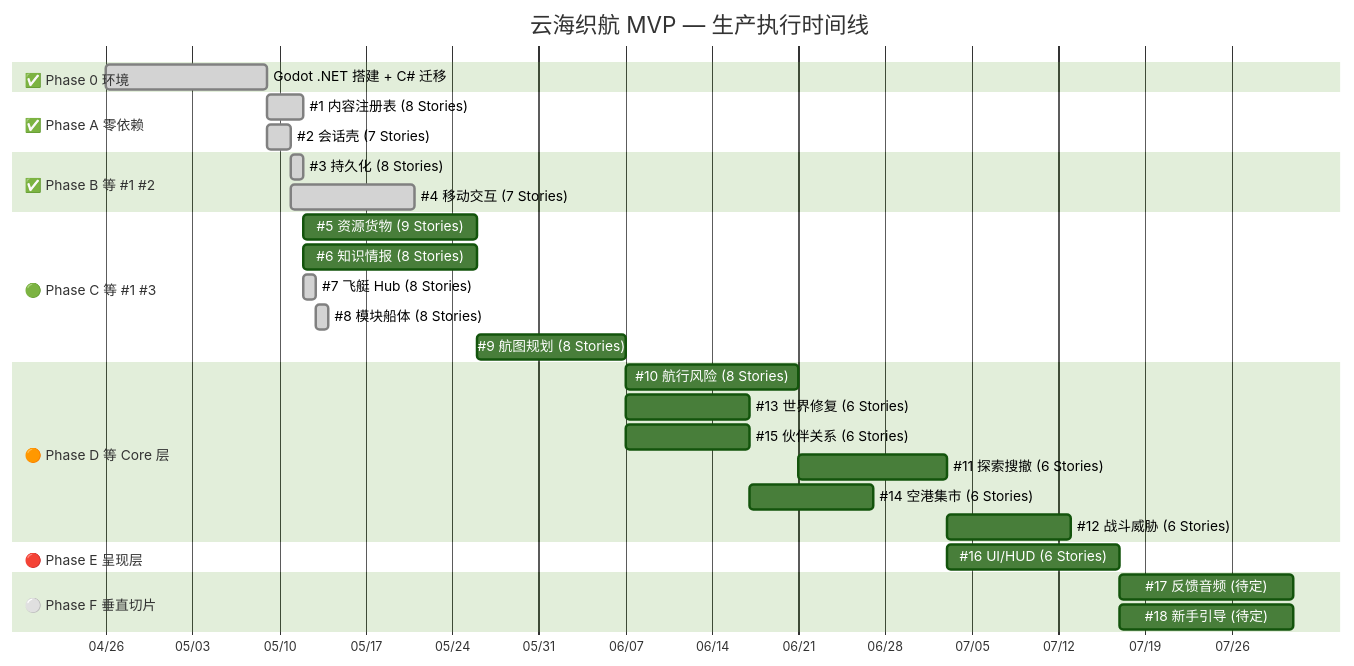
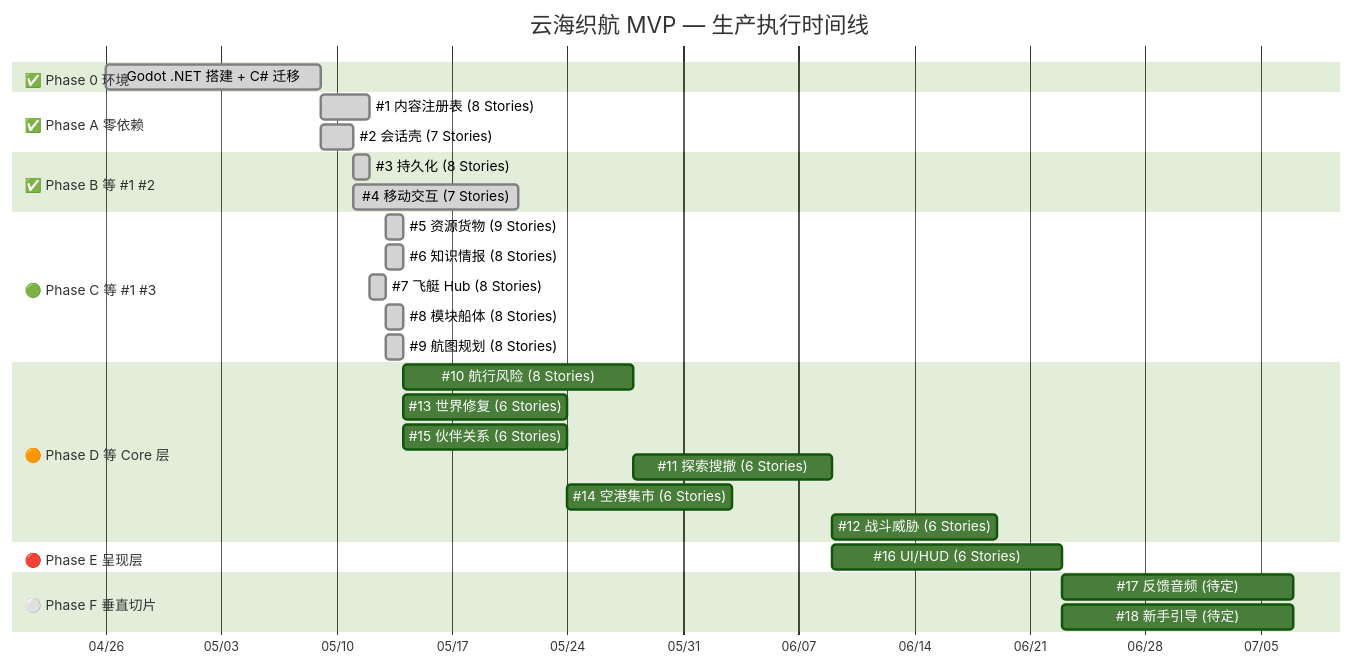
The first of 3 diagrams in docs/reference/production-flowchart.md (lieinsay/Claude-Code-Game-Studios), drawn with Mermaid (forest theme) before and after one commit. The commit also changed other lines of this file and 11 other files, not shown here.

````diff
--- a/docs/reference/production-flowchart.md
+++ b/docs/reference/production-flowchart.md
@@ -13,39 +13,39 @@
 ```mermaid
 gantt
     title 云海织航 MVP — 生产执行时间线
     dateFormat YYYY-MM-DD
     axisFormat %m/%d
 
     section ✅ Phase 0 环境
     Godot .NET 搭建 + C# 迁移   :done,    p0, 2026-04-26, 2026-05-09
 
     section ✅ Phase A 零依赖
     #1 内容注册表 (8 Stories)    :done,    p1a, 2026-05-09, 2026-05-12
     #2 会话壳     (7 Stories)    :done,    p1b, 2026-05-09, 2026-05-11
 
     section ✅ Phase B 等 #1 #2
     #3 持久化     (8 Stories)    :done,    p2a, 2026-05-11, 2026-05-12
     #4 移动交互   (7 Stories)    :done,    p2b, after p1b, 10d
 
     section 🟢 Phase C 等 #1 #3
-    #5 资源货物   (9 Stories)    :         p3a, after p2a, 14d
-    #6 知识情报   (8 Stories)    :         p3b, after p2a, 14d
+    #5 资源货物   (9 Stories)    :done,    p3a, 2026-05-13, 1d
+    #6 知识情报   (8 Stories)    :done,    p3b, 2026-05-13, 1d
     #7 飞艇 Hub   (8 Stories)    :done,    p3c, 2026-05-12, 1d
     #8 模块船体   (8 Stories)    :done,    p3d, 2026-05-13, 1d
-    #9 航图规划   (8 Stories)    :         p3e, after p3b, 12d
+    #9 航图规划   (8 Stories)    :done,    p3e, 2026-05-13, 1d
 
     section 🟠 Phase D 等 Core 层
     #10 航行风险  (8 Stories)    :         p4a, after p3e, 14d
     #13 世界修复  (6 Stories)    :         p4b, after p3e, 10d
     #15 伙伴关系  (6 Stories)    :         p4c, after p3e, 10d
     #11 探索搜撤  (6 Stories)    :         p4d, after p4a, 12d
     #14 空港集市  (6 Stories)    :         p4e, after p4b, 10d
     #12 战斗威胁  (6 Stories)    :         p4f, after p4d, 10d
 
     section 🔴 Phase E 呈现层
     #16 UI/HUD    (6 Stories)    :         p5a, after p4d, 14d
 
     section ⚪ Phase F 垂直切片
     #17 反馈音频  (待定)         :         p6a, after p5a, 14d
     #18 新手引导  (待定)         :         p6b, after p5a, 14d
 ```
````
